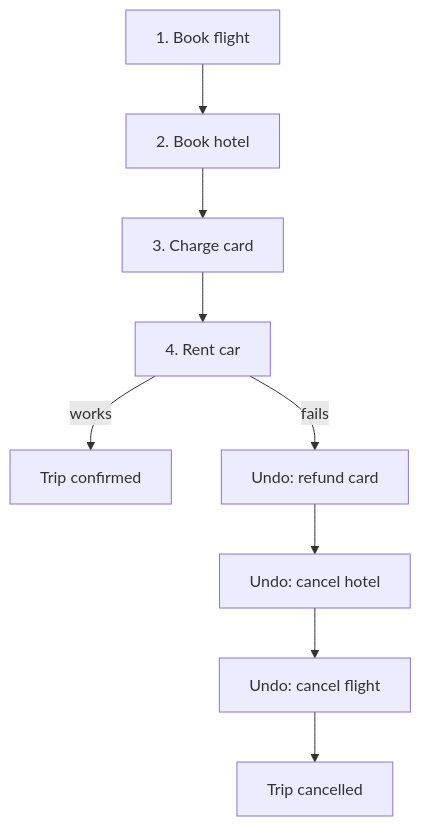
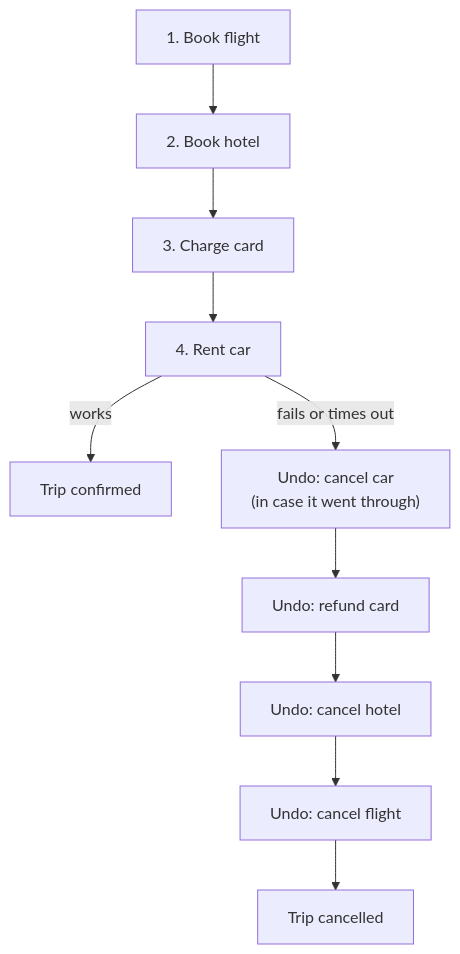
Before and after one commit to iamrs77/interview-ready: the first of 3 diagrams in content/system-design/distributed-systems/saga-pattern.mdx, drawn with Mermaid. The commit also changed other lines of this file and 132 other files, not shown here.

````diff
--- a/content/system-design/distributed-systems/saga-pattern.mdx
+++ b/content/system-design/distributed-systems/saga-pattern.mdx
@@ -19,9 +19,10 @@
 ```mermaid
 flowchart TB
   S1["1. Book flight"] --> S2["2. Book hotel"] --> S3["3. Charge card"] --> S4["4. Rent car"]
   S4 -->|"works"| Done["Trip confirmed"]
-  S4 -->|"fails"| C3["Undo: refund card"]
+  S4 -->|"fails or times out"| C4["Undo: cancel car<br/>(in case it went through)"]
+  C4 --> C3["Undo: refund card"]
   C3 --> C2["Undo: cancel hotel"]
   C2 --> C1["Undo: cancel flight"]
   C1 --> Cancelled["Trip cancelled"]
 ```
````
